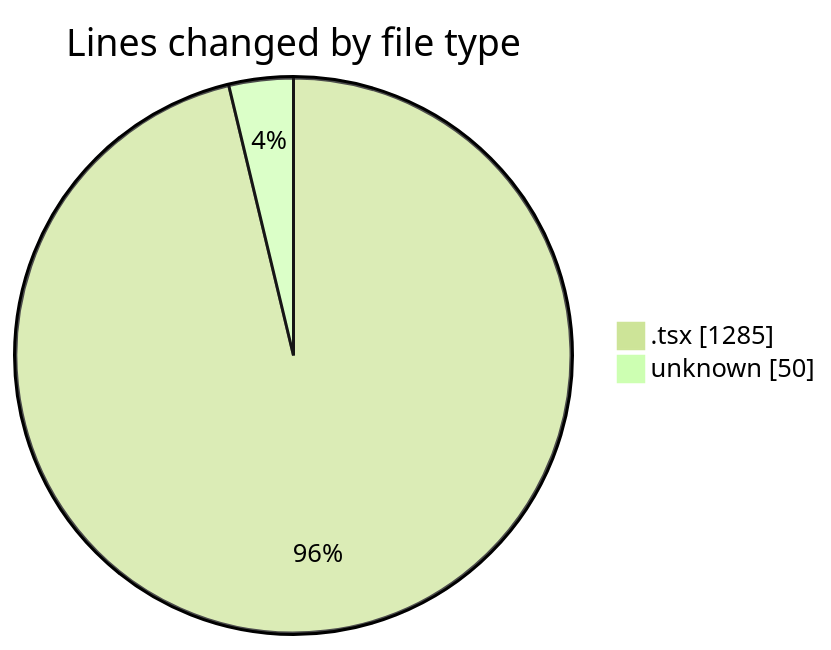
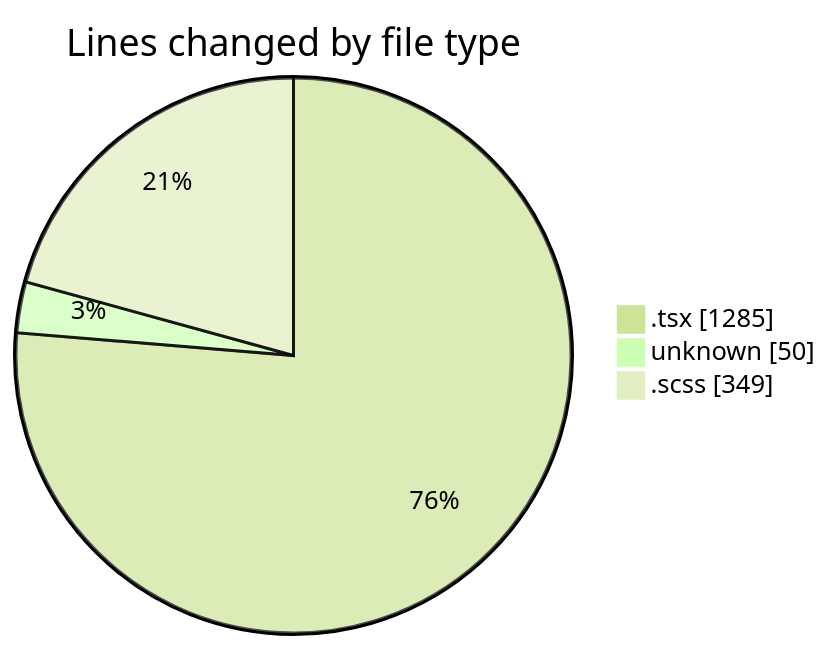
The first of 2 diagrams in 2025-12-05/cda/README.md (momahboobian/code-tracking), drawn with Mermaid (forest theme) before and after one commit. The commit also changed other lines of this file and 1 other file, not shown here.

````diff
--- a/2025-12-05/cda/README.md
+++ b/2025-12-05/cda/README.md
@@ -26,6 +27,7 @@
 ```mermaid
 pie showData
 title Lines changed by file type
 ".tsx" : 1285
 "unknown" : 50
+".scss" : 349
 ```
````
